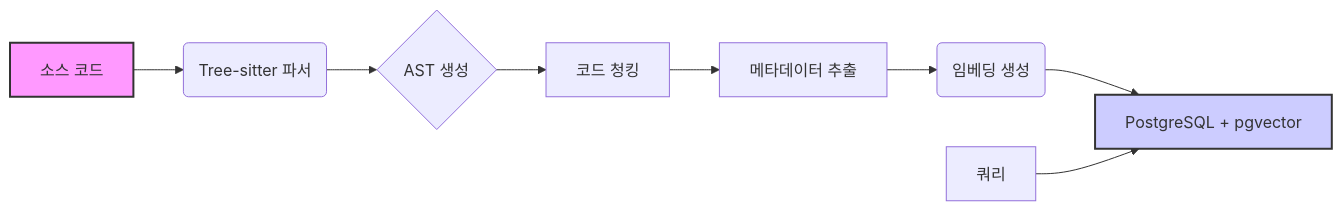
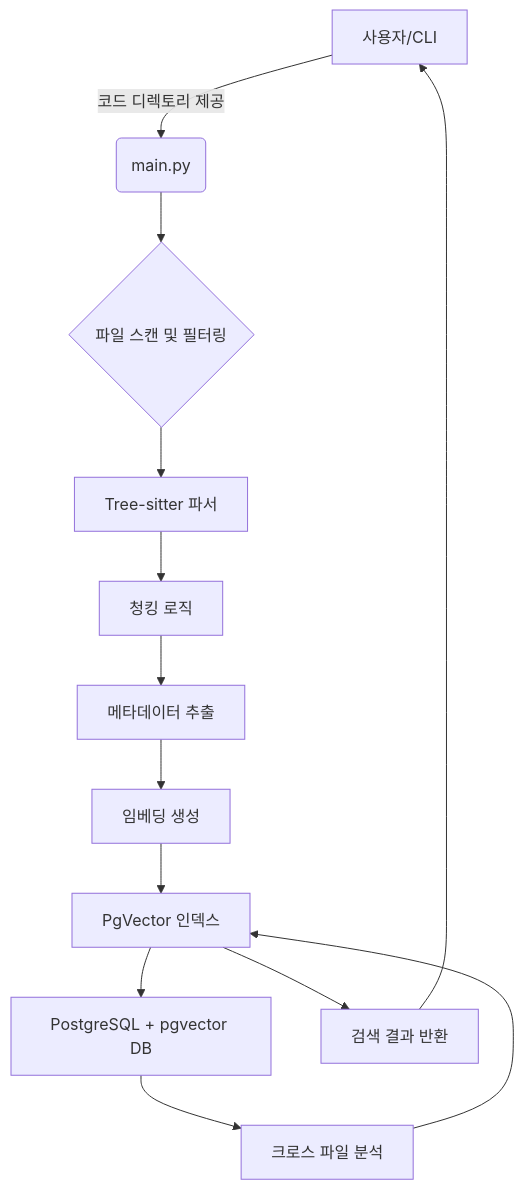
Before and after one commit to woosikseol/deepwiki-open: the diagram in python_kb/.adalflow/wikicache/python_chunking/architecture.md, drawn with Mermaid. The commit also changed other lines of this file and 23 other files, not shown here.

````diff
--- a/python_kb/.adalflow/wikicache/python_chunking/architecture.md
+++ b/python_kb/.adalflow/wikicache/python_chunking/architecture.md
@@ -38,12 +61,16 @@
 ```mermaid
-graph LR
-    A[소스 코드] --> B(Tree-sitter 파서);
-    B --> C{AST 생성};
-    C --> D[코드 청킹];
-    D --> E[메타데이터 추출];
-    E --> F(임베딩 생성);
-    F --> G[PostgreSQL + pgvector];
-    H[쿼리] --> G;
-    style A fill:#f9f,stroke:#333,stroke-width:2px
-    style G fill:#ccf,stroke:#333,stroke-width:2px
+graph TD
+A["사용자/CLI"] -->|코드 디렉토리 제공| B(main.py)
+B --> C;
+    C{파일 스캔 및 필터링}
+C --> D[Tree-sitter 파서]
+D --> E[청킹 로직]
+E --> F[메타데이터 추출]
+F --> G[임베딩 생성]
+G --> H[PgVector 인덱스]
+H --> I["PostgreSQL + pgvector DB"]
+I --> J[크로스 파일 분석]
+J --> H
+H --> K[검색 결과 반환]
+K --> A
 ```
````
